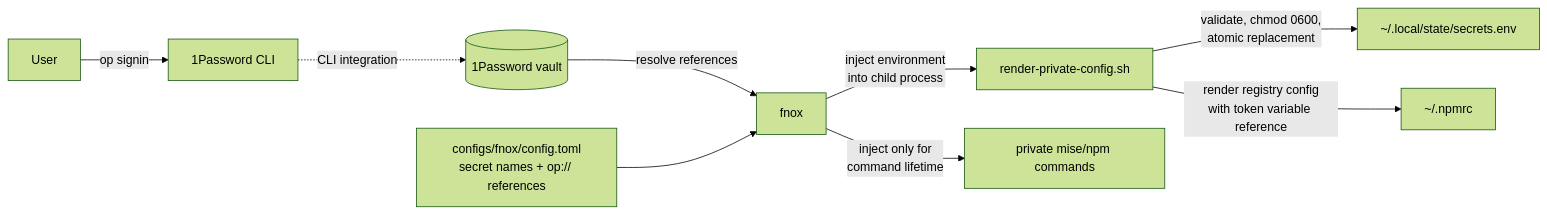
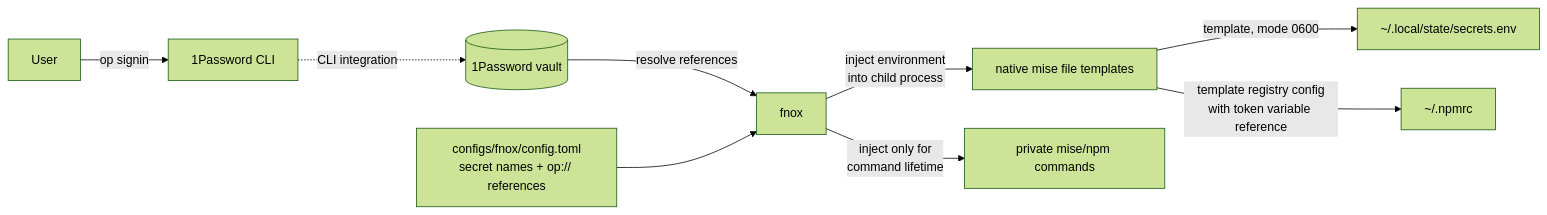
Before and after one commit to erzz/dotfiles: the diagram in README.md, drawn with Mermaid (forest theme). The commit also changed other lines of this file and 7 other files, not shown here.

````diff
--- a/README.md
+++ b/README.md
@@ -88,15 +90,15 @@
 ```mermaid
 flowchart LR
     user[User] -->|op signin| op[1Password CLI]
     op -.->|CLI integration| vault[(1Password vault)]
 
     config[configs/fnox/config.toml\nsecret names + op:// references]
     vault -->|resolve references| fnox[fnox]
     config --> fnox
 
-    fnox -->|inject environment\ninto child process| renderer[render-private-config.sh]
-    renderer -->|validate, chmod 0600,\natomic replacement| secrets[~/.local/state/secrets.env]
-    renderer -->|render registry config\nwith token variable reference| npmrc[~/.npmrc]
+    fnox -->|inject environment\ninto child process| mise[native mise file templates]
+    mise -->|template, mode 0600| secrets[~/.local/state/secrets.env]
+    mise -->|template registry config\nwith token variable reference| npmrc[~/.npmrc]
 
     fnox -->|inject only for\ncommand lifetime| commands[private mise/npm commands]
 ```
````
